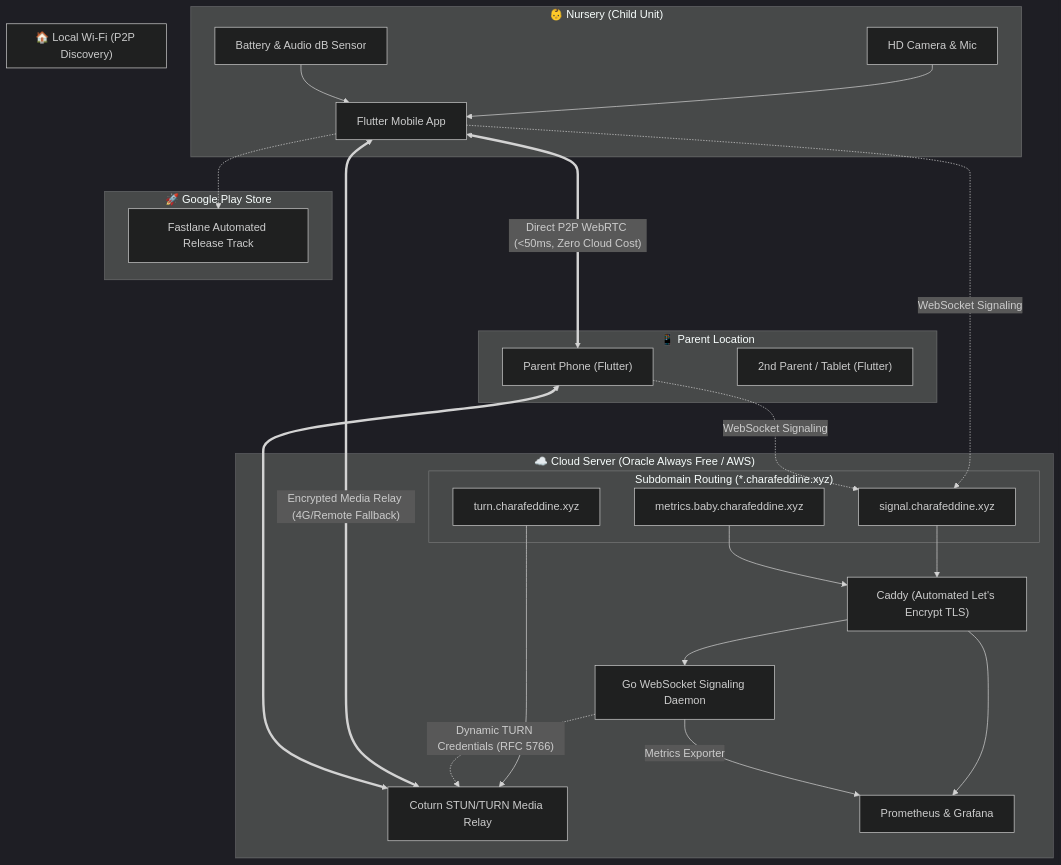
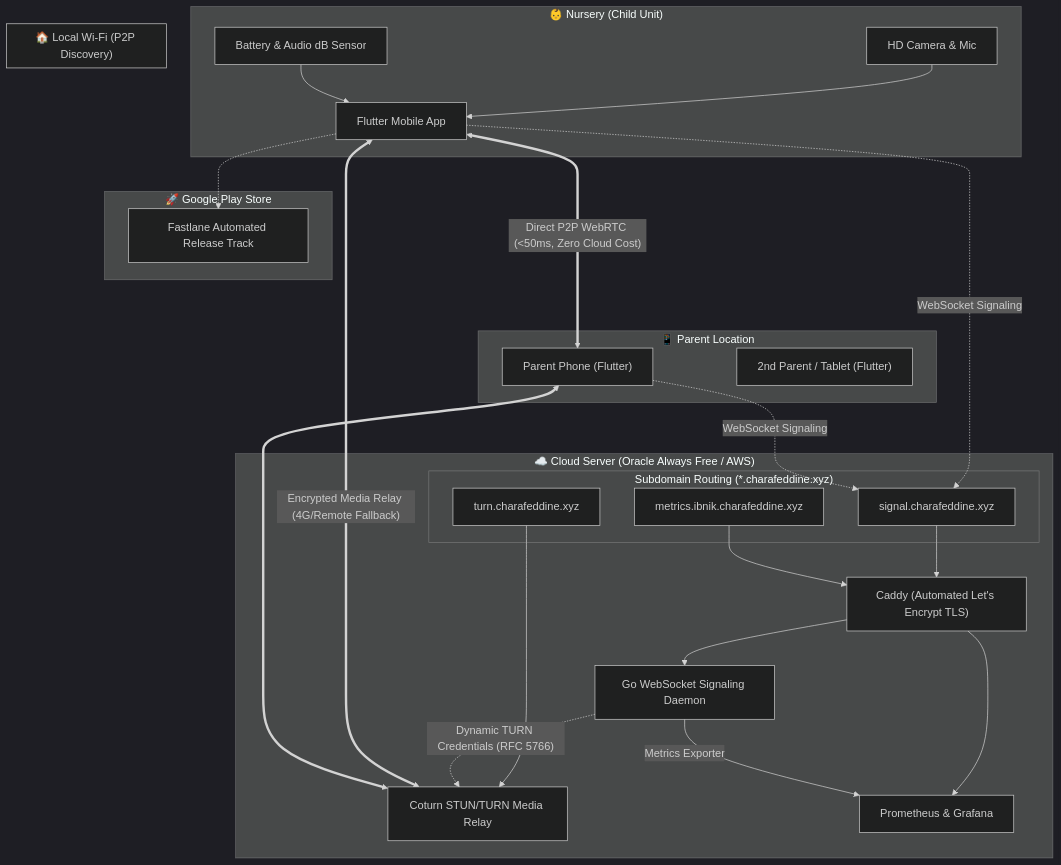
The diagram in README.md (charafeddine01/ibnik), drawn with Mermaid (dark theme) before and after one commit. The commit also changed other lines of this file and 8 other files, not shown here.

Commit message:
chore(branding): update application branding and endpoints to Ibnik (ibnik.charafeddine.xyz)

````diff
--- a/README.md
+++ b/README.md
@@ -16,46 +16,46 @@
 ```mermaid
 flowchart TD
     subgraph Nursery ["👶 Nursery (Child Unit)"]
         BU["Flutter Mobile App"]
         Cam["HD Camera & Mic"]
         Sensors["Battery & Audio dB Sensor"]
         Cam --> BU
         Sensors --> BU
     end
 
     subgraph Parent ["📱 Parent Location"]
         PU1["Parent Phone (Flutter)"]
         PU2["2nd Parent / Tablet (Flutter)"]
     end
 
     subgraph LocalLAN ["🏠 Local Wi-Fi (P2P Discovery)"]
         BU <===>|"Direct P2P WebRTC (<50ms, Zero Cloud Cost)"| PU1
     end
 
     subgraph CloudInfra ["☁️ Cloud Server (Oracle Always Free / AWS)"]
         subgraph Subdomains ["Subdomain Routing (*.charafeddine.xyz)"]
             SigDNS["signal.charafeddine.xyz"]
             TurnDNS["turn.charafeddine.xyz"]
-            MetricsDNS["metrics.baby.charafeddine.xyz"]
+            MetricsDNS["metrics.ibnik.charafeddine.xyz"]
         end
         CaddyProxy["Caddy (Automated Let's Encrypt TLS)"]
         Signaling["Go WebSocket Signaling Daemon"]
         Coturn["Coturn STUN/TURN Media Relay"]
         Prometheus["Prometheus & Grafana"]
 
         SigDNS --> CaddyProxy --> Signaling
         TurnDNS --> Coturn
         MetricsDNS --> CaddyProxy --> Prometheus
     end
 
     subgraph GooglePlayStore ["🚀 Google Play Store"]
         Fastlane["Fastlane Automated Release Track"]
     end
 
     BU -.->|"WebSocket Signaling"| SigDNS
     PU1 -.->|"WebSocket Signaling"| SigDNS
     Signaling -.->|"Dynamic TURN Credentials (RFC 5766)"| Coturn
     BU <===>|"Encrypted Media Relay (4G/Remote Fallback)"| Coturn <===> PU1
     Signaling -->|"Metrics Exporter"| Prometheus
     BU -.-> Fastlane
 ```
````
